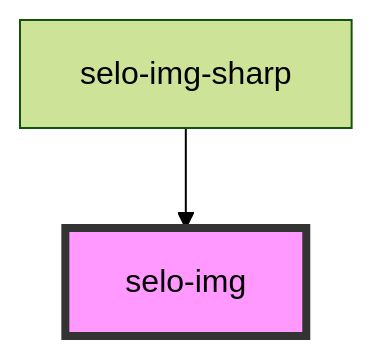
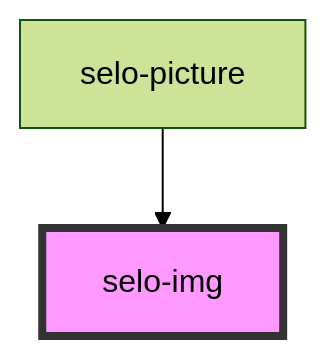
Before and after one commit to selodev/selo-image-sharp: the diagram in src/components/selo-img/readme.md, drawn with Mermaid (forest theme). The commit also changed other lines of this file and 17 other files, not shown here.

````diff
--- a/src/components/selo-img/readme.md
+++ b/src/components/selo-img/readme.md
@@ -44,5 +43,5 @@
 ```mermaid
 graph TD;
-  selo-img-sharp --> selo-img
+  selo-picture --> selo-img
   style selo-img fill:#f9f,stroke:#333,stroke-width:4px
 ```
````
